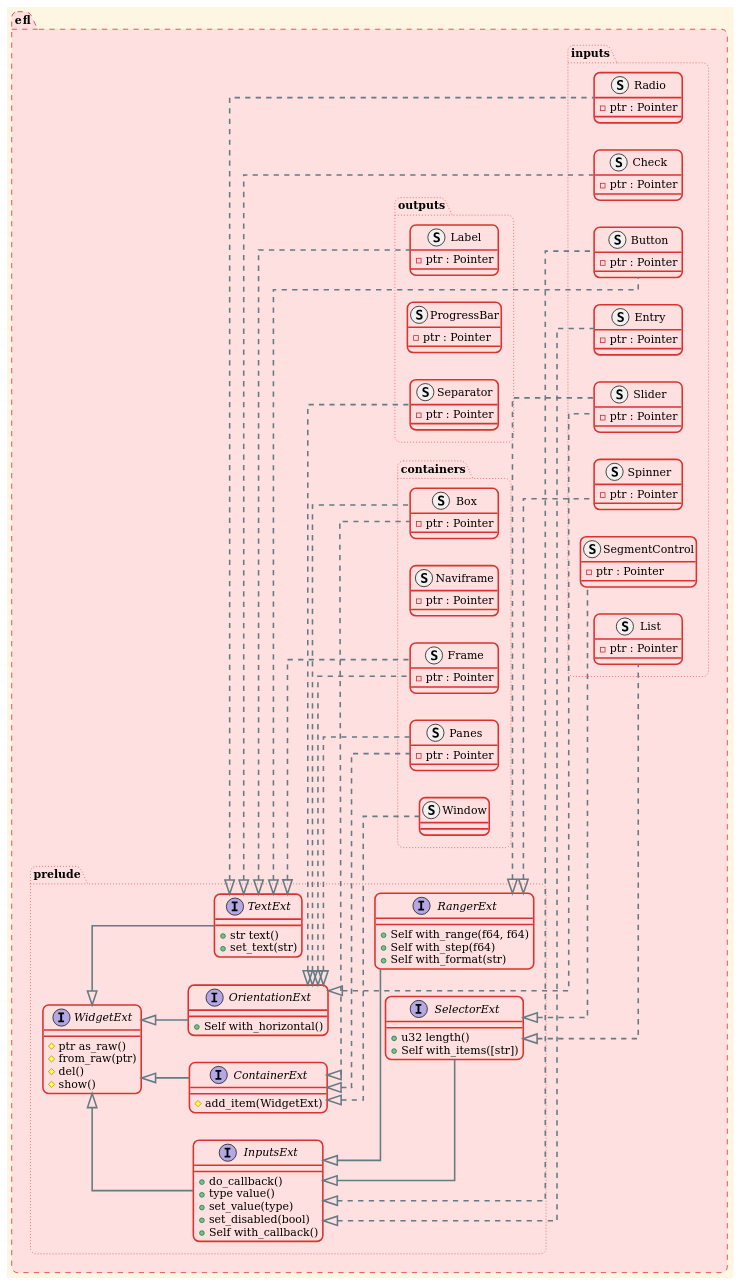
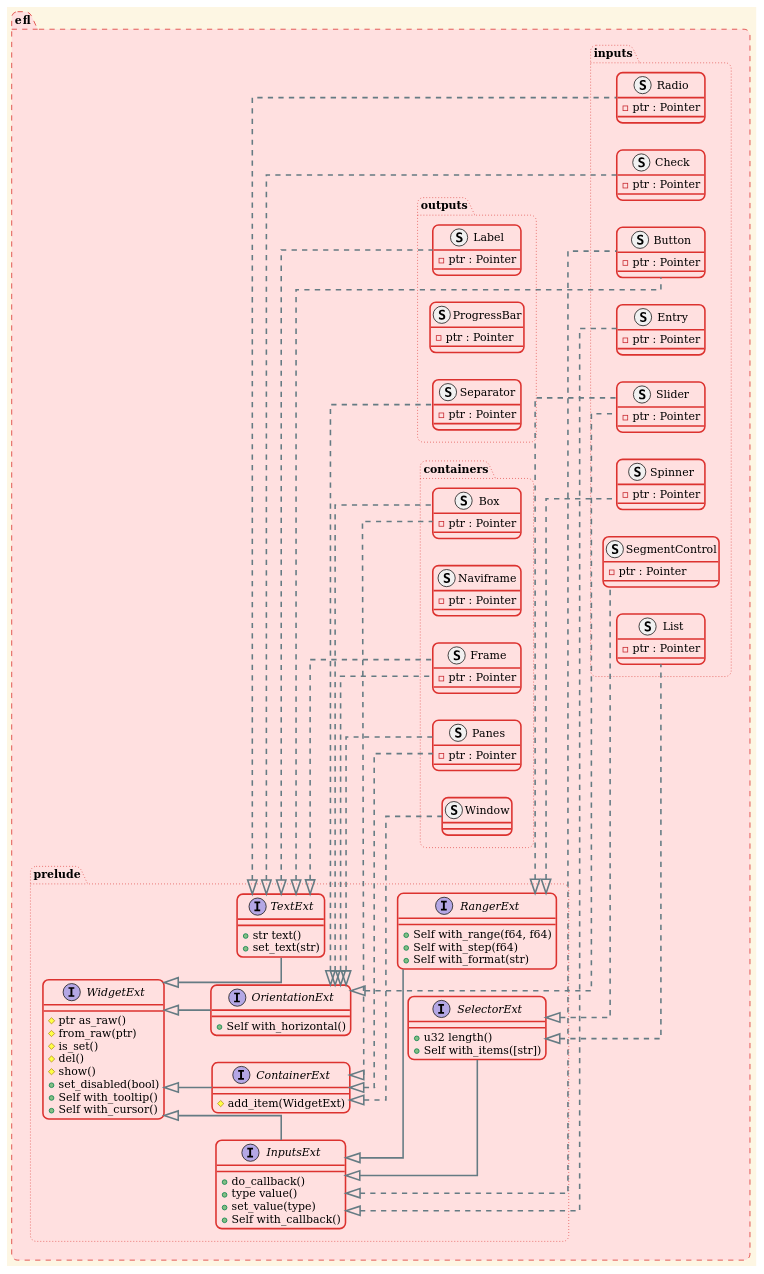
The diagram in README.md (theavege/efl-rs), drawn with PlantUML before and after one commit. The commit also changed other lines of this file and 18 other files, not shown here.

```diff
--- a/README.md
+++ b/README.md
@@ -120,8 +129,12 @@
         interface WidgetExt {
             #ptr as_raw()
             #from_raw(ptr)
+            #is_set()
             #del()
             #show()
+            +set_disabled(bool)
+            +Self with_tooltip()
+            +Self with_cursor()
         }
         interface TextExt {
             +str text()
@@ -137,7 +150,6 @@
             +do_callback()
             +type value()
             +set_value(type)
-            +set_disabled(bool)
             +Self with_callback()
         }
         interface RangerExt {
```
